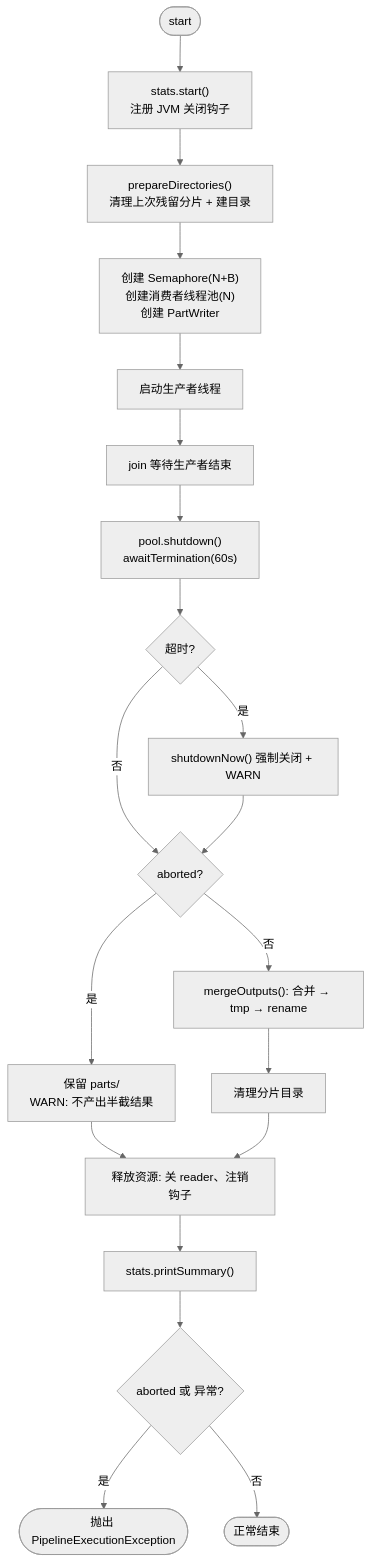
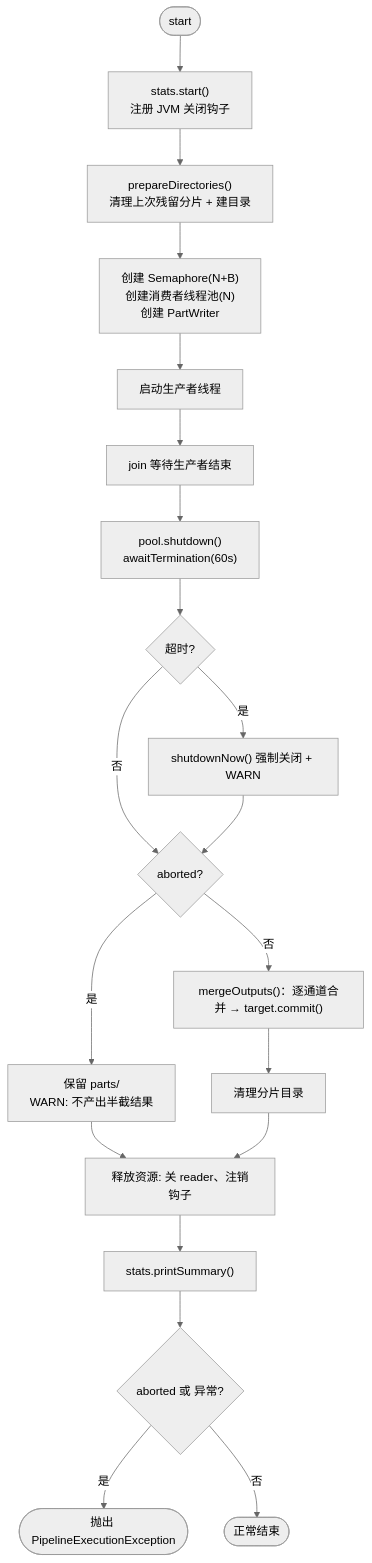
The fourth of 13 diagrams in DESIGN.md (owengoodluck/java-batch-pipeline), drawn with Mermaid (neutral theme) before and after one commit. The commit also changed other lines of this file and 31 other files, not shown here.

````diff
--- a/DESIGN.md
+++ b/DESIGN.md
@@ -343,22 +385,22 @@
 ```mermaid
 flowchart TB
     S([start]) --> A["stats.start()<br/>注册 JVM 关闭钩子"]
     A --> B["prepareDirectories()<br/>清理上次残留分片 + 建目录"]
     B --> C["创建 Semaphore(N+B)<br/>创建消费者线程池(N)<br/>创建 PartWriter"]
     C --> D["启动生产者线程"]
     D --> E["join 等待生产者结束"]
     E --> F["pool.shutdown()<br/>awaitTermination(60s)"]
     F --> G{"超时?"}
     G -- 是 --> H["shutdownNow() 强制关闭 + WARN"]
     G -- 否 --> I{"aborted?"}
     H --> I
     I -- 是 --> J["保留 parts/<br/>WARN: 不产出半截结果"]
-    I -- 否 --> K["mergeOutputs(): 合并 → tmp → rename"]
+    I -- 否 --> K["mergeOutputs()：逐通道合并 → target.commit()"]
     K --> L["清理分片目录"]
     J --> M["释放资源: 关 reader、注销钩子"]
     L --> M
     M --> N["stats.printSummary()"]
     N --> O{"aborted 或 异常?"}
     O -- 是 --> P([抛出 PipelineExecutionException])
     O -- 否 --> Q([正常结束])
 ```
````
